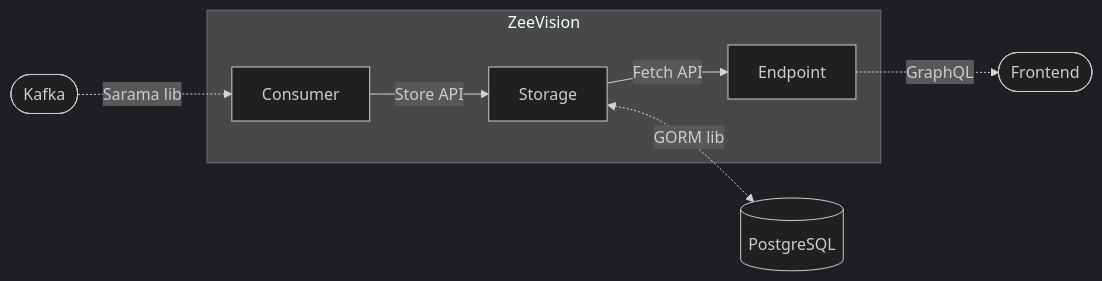
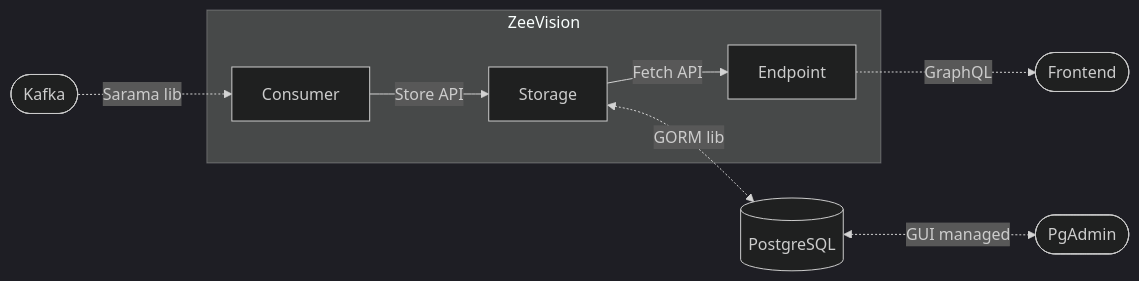
Before and after one commit to ducanhpham0312/zeevision: the diagram in backend/README.md, drawn with Mermaid (dark theme). The commit also changed other lines of this file and 1 other file, not shown here.

Commit message:
feat: Implement postgres and pgadmin images (#193)

````diff
--- a/backend/README.md
+++ b/backend/README.md
@@ -69,10 +98,11 @@
 ```mermaid
 flowchart LR
     kafka([Kafka]) -.->|Sarama lib| Consumer
     subgraph ZeeVision
         Consumer -->|Store API| Storage
         Storage -->|Fetch API| Endpoint
     end
     Storage <-.->|GORM lib| postgres[(PostgreSQL)]
     Endpoint -.->|GraphQL| front([Frontend])
+    postgres <-.-> |GUI managed| pgadmin([PgAdmin])
 ```
````
